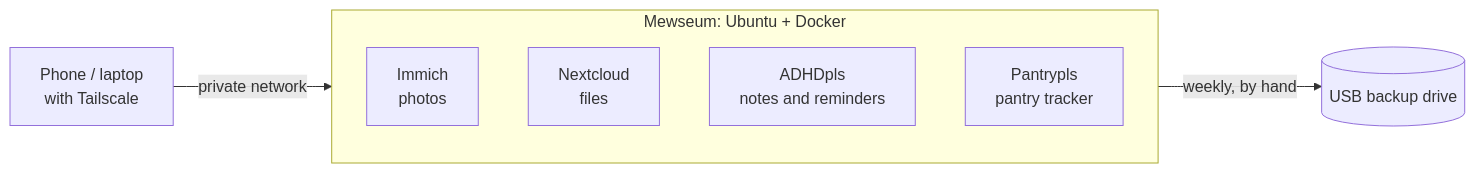
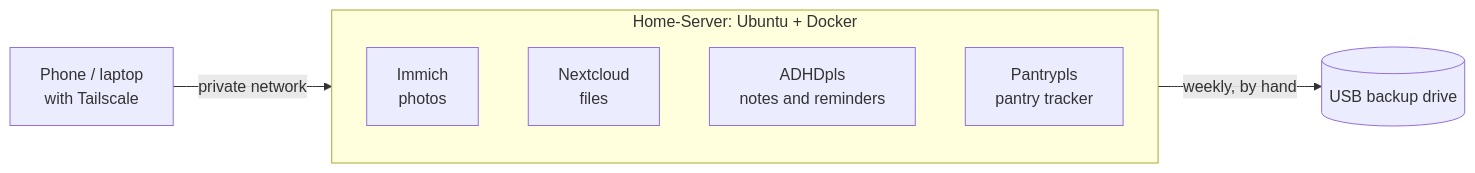
One commit to vernalynt/Home-Server changed the diagram in README.md. Above: the diagram before and after it, drawn with Mermaid. The commit also changed other lines of this file, not shown here.

````diff
--- a/README.md
+++ b/README.md
@@ -7,11 +7,11 @@
 ```mermaid
 flowchart LR
     phone[Phone / laptop<br/>with Tailscale] -->|private network| srv
-    subgraph srv[Mewseum: Ubuntu + Docker]
+    subgraph srv[Home-Server: Ubuntu + Docker]
       immich[Immich<br/>photos]
       nc[Nextcloud<br/>files]
       adhd[ADHDpls<br/>notes and reminders]
       pantry[Pantrypls<br/>pantry tracker]
     end
     srv -->|weekly, by hand| hd[(USB backup drive)]
 ```
````
